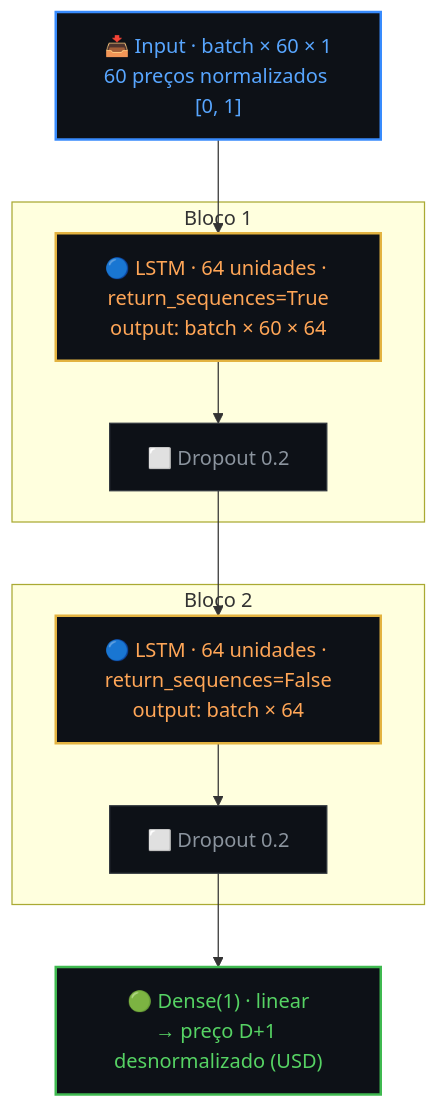
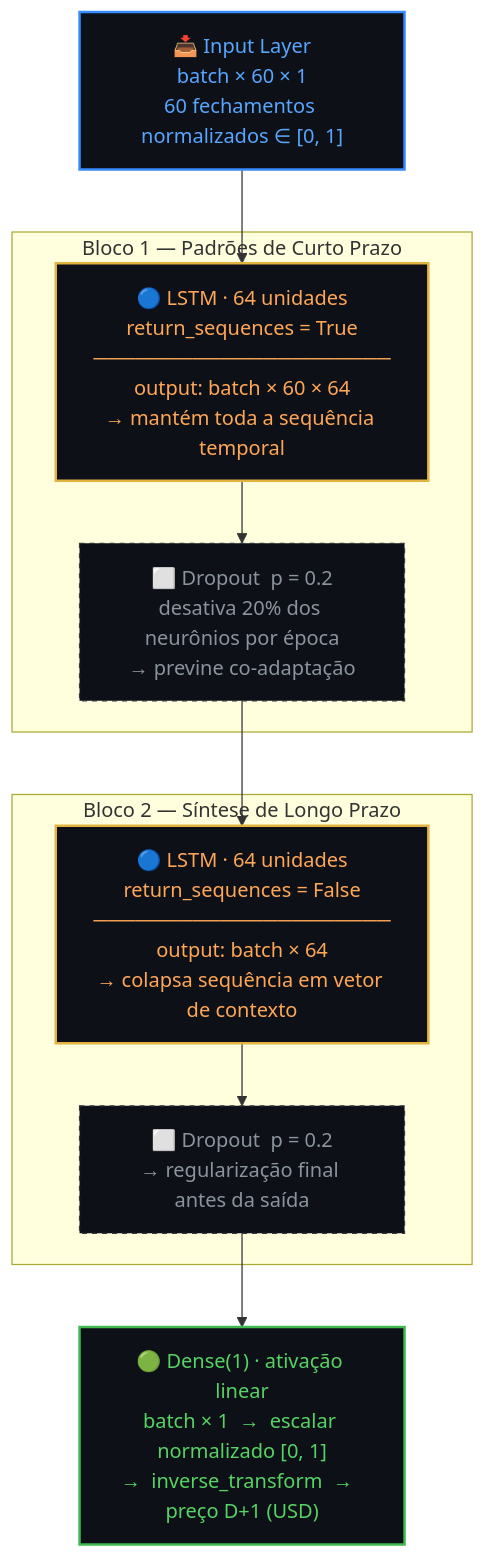
The fourth of 6 diagrams in README.md (dionebraga/Pos_Tech_MLET-Fase-4), drawn with Mermaid before and after one commit. The commit also changed other lines of this file, not shown here.

First line of the commit message:
README: improve all remaining diagrams visually

````diff
--- a/README.md
+++ b/README.md
@@ -682,25 +687,25 @@
 ```mermaid
 flowchart TD
-    I["📥 Input · batch × 60 × 1\n60 preços normalizados [0, 1]"]
+    I["📥 Input Layer\nbatch × 60 × 1\n60 fechamentos normalizados ∈ [0, 1]"]
 
-    subgraph LSTM1["  Bloco 1  "]
-        L1["🔵 LSTM · 64 unidades · return_sequences=True\noutput: batch × 60 × 64"]
-        D1["⬜ Dropout  0.2"]
+    subgraph LSTM1["  Bloco 1 — Padrões de Curto Prazo  "]
+        L1["🔵 LSTM · 64 unidades\nreturn_sequences = True\n─────────────────────\noutput: batch × 60 × 64\n→ mantém toda a sequência temporal"]
+        D1["⬜ Dropout  p = 0.2\ndesativa 20% dos neurônios por época\n→ previne co-adaptação"]
     end
 
-    subgraph LSTM2["  Bloco 2  "]
-        L2["🔵 LSTM · 64 unidades · return_sequences=False\noutput: batch × 64"]
-        D2["⬜ Dropout  0.2"]
+    subgraph LSTM2["  Bloco 2 — Síntese de Longo Prazo  "]
+        L2["🔵 LSTM · 64 unidades\nreturn_sequences = False\n─────────────────────\noutput: batch × 64\n→ colapsa sequência em vetor de contexto"]
+        D2["⬜ Dropout  p = 0.2\n→ regularização final antes da saída"]
     end
 
-    O["🟢 Dense(1) · linear\n→ preço D+1 desnormalizado (USD)"]
+    O["🟢 Dense(1) · ativação linear\nbatch × 1  →  escalar normalizado [0, 1]\n→  inverse_transform  →  preço D+1 (USD)"]
 
     I --> L1 --> D1 --> L2 --> D2 --> O
 
     style I  fill:#0d1117,color:#58a6ff,stroke:#388bfd,stroke-width:2px
     style L1 fill:#0d1117,color:#ffa657,stroke:#e3b341,stroke-width:2px
-    style D1 fill:#0d1117,color:#8b949e,stroke:#30363d
+    style D1 fill:#0d1117,color:#8b949e,stroke:#30363d,stroke-width:1px,stroke-dasharray:4
     style L2 fill:#0d1117,color:#ffa657,stroke:#e3b341,stroke-width:2px
-    style D2 fill:#0d1117,color:#8b949e,stroke:#30363d
+    style D2 fill:#0d1117,color:#8b949e,stroke:#30363d,stroke-width:1px,stroke-dasharray:4
     style O  fill:#0d1117,color:#56d364,stroke:#3fb950,stroke-width:2px
 ```
````
